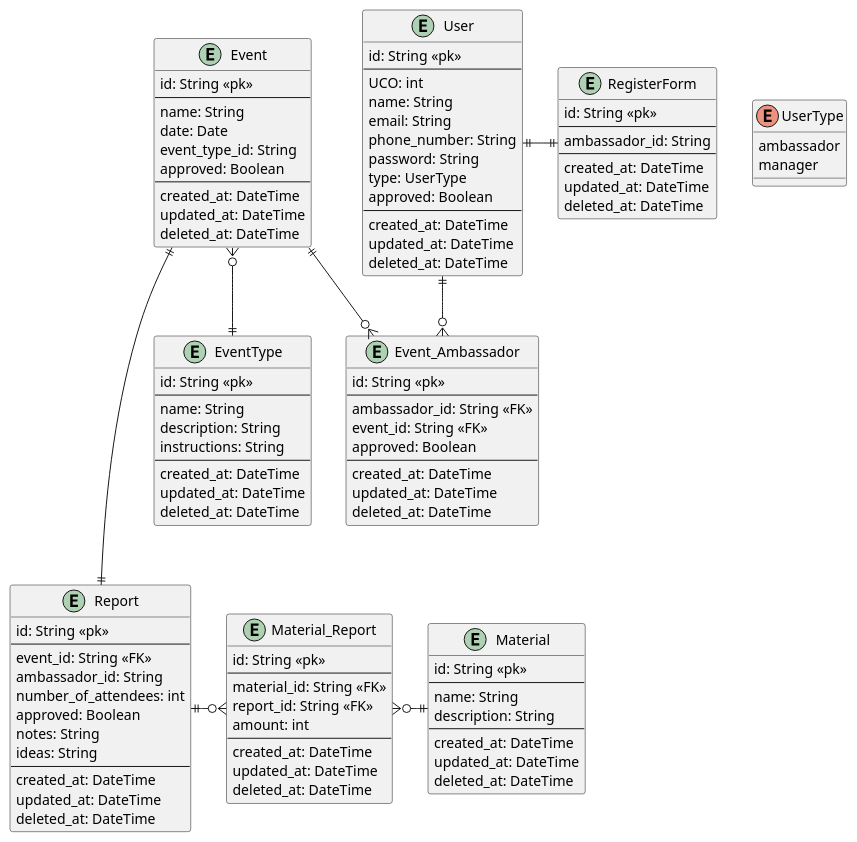
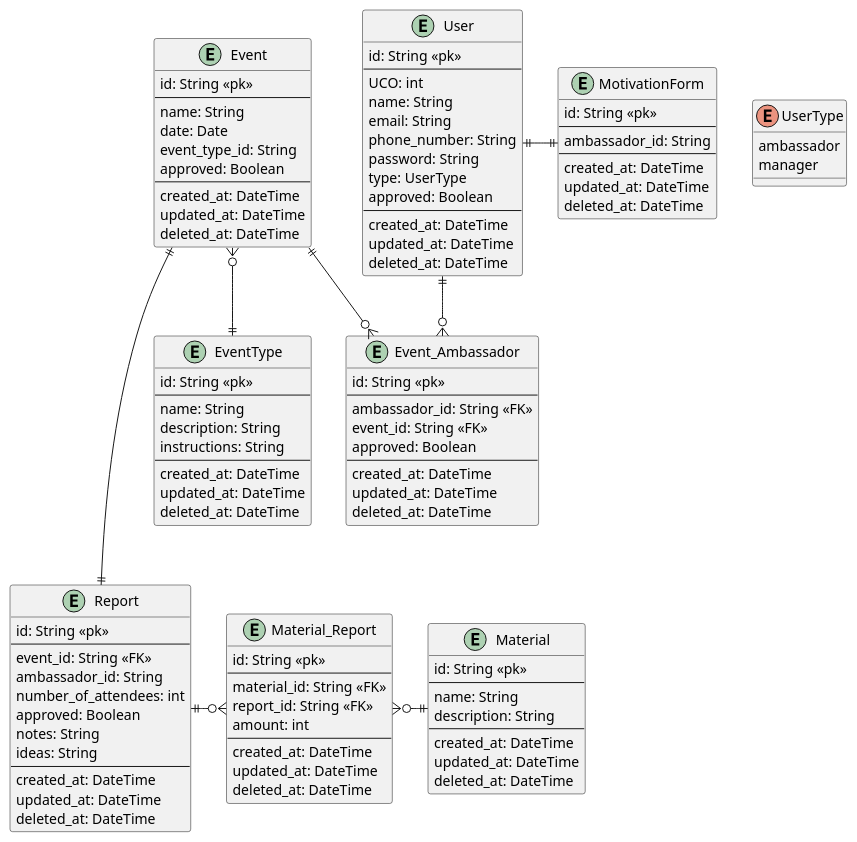
One commit to barhorkaa/ambassadors changed the diagram in diagrams/erd.puml. Above: the diagram before and after it, drawn with PlantUML.

Commit message:
fix(erd/motivation): renamed registerForm to motivationForm

```diff
--- a/diagrams/erd.puml
+++ b/diagrams/erd.puml
@@ -1,121 +1,121 @@
 @startuml
 'https://plantuml.com/entity-diagram
 
-entity RegisterForm {
+entity MotivationForm {
   id: String <<pk>>
   --
   ambassador_id: String
   'answers
   --
   created_at: DateTime
   updated_at: DateTime
   deleted_at: DateTime
 }
 
 entity User {
   id: String <<pk>>
   --
   UCO: int
   name: String
   email: String
   phone_number: String
   password: String
   type: UserType
   approved: Boolean
   --
   created_at: DateTime
   updated_at: DateTime
   deleted_at: DateTime
 }
 
 enum UserType {
   ambassador
   manager
 }
 
 entity Event {
   id: String <<pk>>
   --
   name: String
   date: Date
   event_type_id: String
   approved: Boolean
   --
   created_at: DateTime
   updated_at: DateTime
   deleted_at: DateTime
 }
 
 entity EventType {
   id: String <<pk>>
   --
   name: String
   description: String
   instructions: String
   --
   created_at: DateTime
   updated_at: DateTime
   deleted_at: DateTime
 }
 
 entity Event_Ambassador {
   id: String <<pk>>
   --
   ambassador_id: String <<FK>>
   event_id: String <<FK>>
   approved: Boolean
   --
   created_at: DateTime
   updated_at: DateTime
   deleted_at: DateTime
 }
 
 entity Report {
   id: String <<pk>>
   --
   event_id: String <<FK>>
   ambassador_id: String
   number_of_attendees: int
   approved: Boolean
 'photos
   notes: String
   ideas: String
   --
   created_at: DateTime
   updated_at: DateTime
   deleted_at: DateTime
 }
 
 entity Material_Report {
   id: String <<pk>>
   --
   material_id: String <<FK>>
   report_id: String <<FK>>
   amount: int
   --
   created_at: DateTime
   updated_at: DateTime
   deleted_at: DateTime
 }
 
 entity Material {
   id: String <<pk>>
   --
   name: String
   description: String
   --
   created_at: DateTime
   updated_at: DateTime
   deleted_at: DateTime
 }
 
 Report ||-o{ Material_Report
 Material_Report }o-|| Material
 Event ||---|| Report
 
-User ||-|| RegisterForm
+User ||-|| MotivationForm
 User ||--o{ Event_Ambassador
 Event ||--o{ Event_Ambassador
 Event }o--|| EventType
 
 @enduml
```
